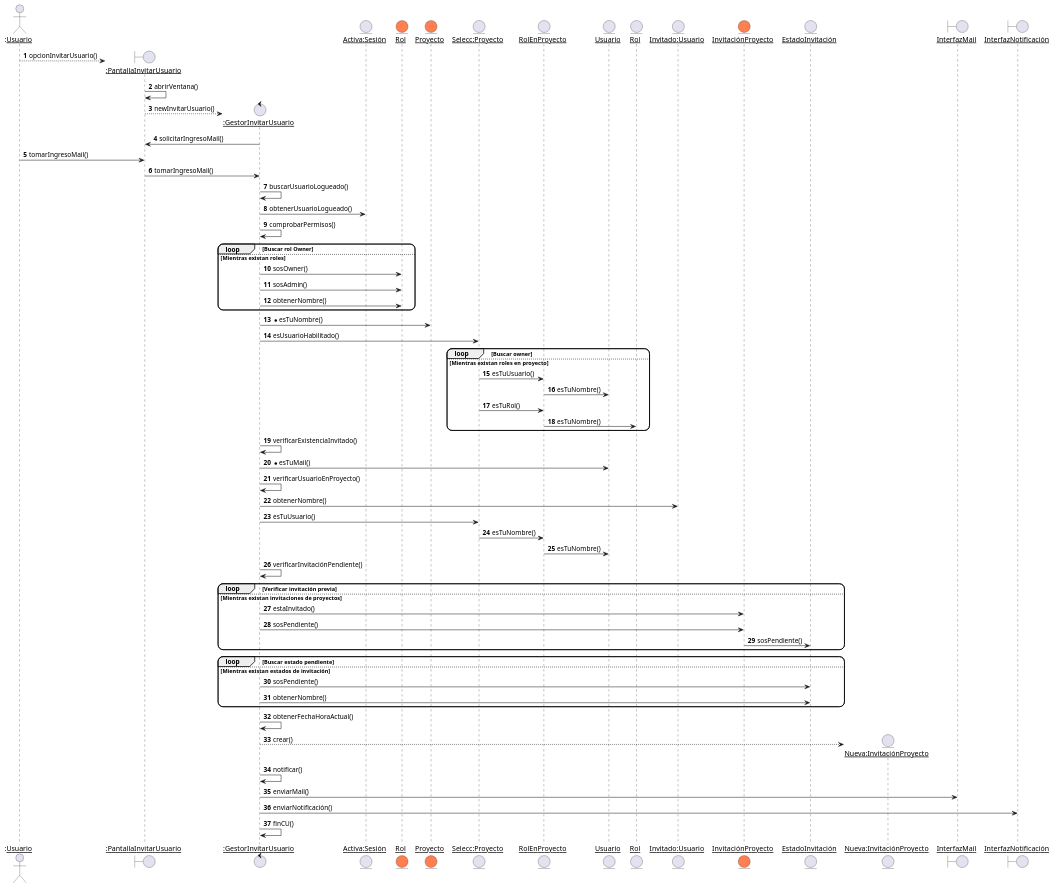
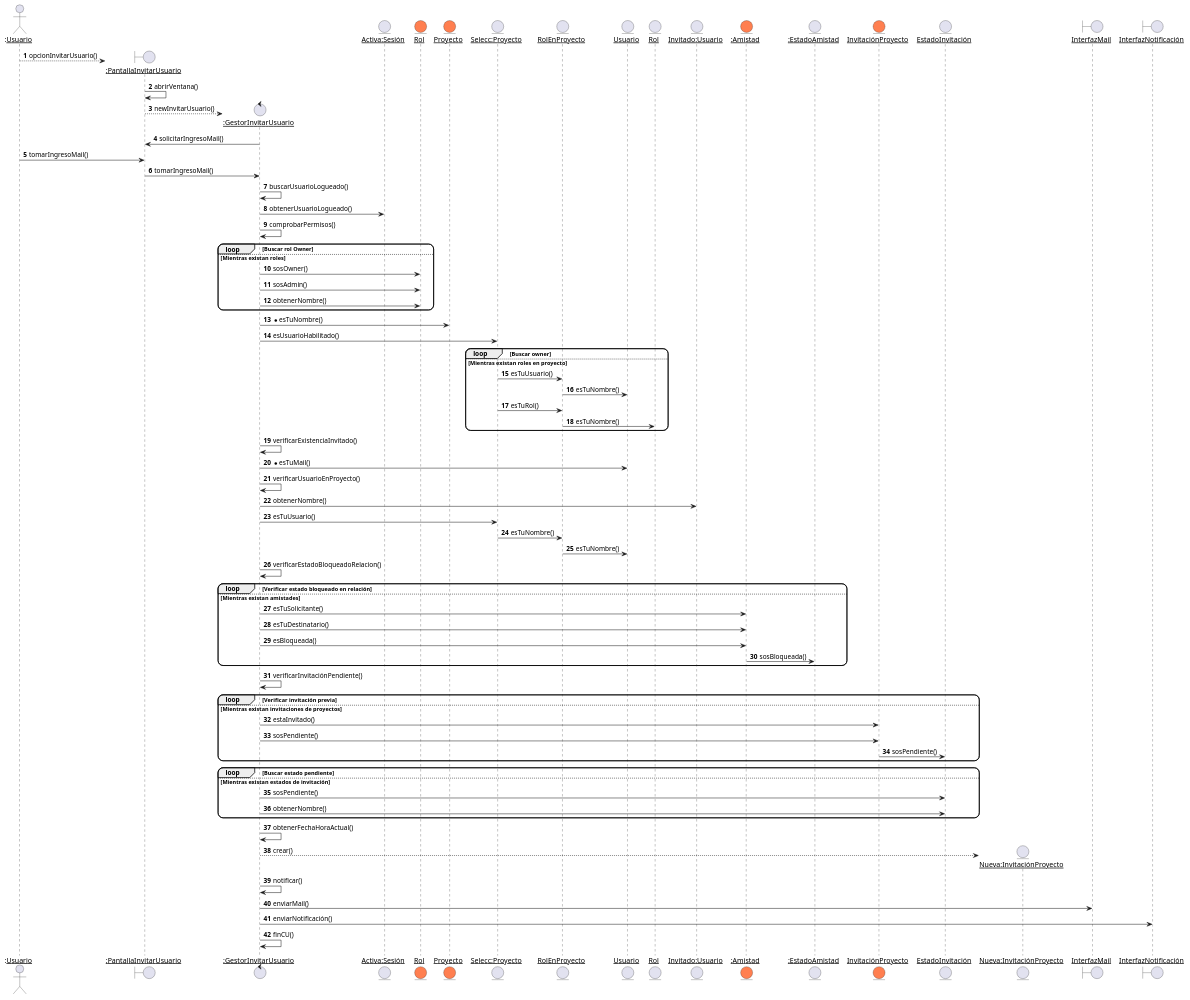
The first of 4 diagrams in Modelado/DiagramaCU11.plantuml (ciggyx/Task_Flow), drawn with PlantUML before and after one commit. The commit also changed other lines of this file and 4 other files, not shown here.

Commit message:
chore(diagramas): añado comprobación de que no tenga bloqueado el usuario en la invitación al proyecto

```diff
--- a/Modelado/DiagramaCU11.plantuml
+++ b/Modelado/DiagramaCU11.plantuml
@@ -1,71 +1,82 @@
 @startuml RealizaciónCU11VistaDinámica
 skinparam roundcorner 20
 skinparam maxmessagesize 60
 autonumber
 Actor ":__Usuario__" as U
 create boundary "__:PantallaInvitarUsuario__" as PIU
 U --> PIU : opcionInvitarUsuario()
 PIU -> PIU : abrirVentana()
 create control "__:GestorInvitarUsuario__" as GIU
 PIU --> GIU : newInvitarUsuario()
 GIU -> PIU: solicitarIngresoMail()
 U -> PIU: tomarIngresoMail()
 PIU -> GIU : tomarIngresoMail()
 GIU -> GIU : buscarUsuarioLogueado()
 entity "__Activa:Sesión__" as ASS
 GIU -> ASS : obtenerUsuarioLogueado()
 GIU -> GIU : comprobarPermisos()
 entity "__Rol__" as R #Coral
 loop Buscar rol Owner
 else Mientras existan roles
     GIU -> R : sosOwner()
     GIU -> R : sosAdmin()
     GIU -> R : obtenerNombre()
 end
 entity "__Proyecto__" as P #Coral
 GIU -> P : *esTuNombre()
 entity "__Selecc:Proyecto__" as SP
 GIU -> SP : esUsuarioHabilitado()
 entity "__RolEnProyecto__" as REP
 loop Buscar owner
 else Mientras existan roles en proyecto
     SP -> REP : esTuUsuario()
     entity "__Usuario__" as US
     REP -> US : esTuNombre()
     SP -> REP : esTuRol()
     entity "__Rol__" as RO
     REP -> RO : esTuNombre()
 end
 GIU -> GIU : verificarExistenciaInvitado()
 GIU -> US : *esTuMail()
 GIU -> GIU : verificarUsuarioEnProyecto()
 entity "__Invitado:Usuario__" as IUS
 GIU -> IUS : obtenerNombre()
 GIU -> SP : esTuUsuario()
 SP -> REP : esTuNombre()
 REP -> US : esTuNombre()
+' Pasa si TODO el loop da False.
+GIU -> GIU : verificarEstadoBloqueadoRelacion()
+entity "__:Amistad__" as AM #Coral
+loop Verificar estado bloqueado en relación
+else Mientras existan amistades
+    GIU -> AM : esTuSolicitante()
+    GIU -> AM : esTuDestinatario()
+    GIU -> AM : esBloqueada()
+    entity "__:EstadoAmistad__" as EA
+    AM -> EA : sosBloqueada()
+end
 GIU -> GIU : verificarInvitaciónPendiente()
 ' Pasa si TODO el loop da False.
 loop Verificar invitación previa
 else Mientras existan invitaciones de proyectos
     entity "__InvitaciónProyecto__" as IP #Coral
     GIU -> IP : estaInvitado()
     GIU -> IP : sosPendiente()
     entity "__EstadoInvitación__" as EI
     IP -> EI : sosPendiente()
 end
 loop Buscar estado pendiente
 else Mientras existan estados de invitación
     GIU -> EI : sosPendiente()
     GIU -> EI : obtenerNombre()
 end
 GIU -> GIU : obtenerFechaHoraActual()
 create entity "__Nueva:InvitaciónProyecto__" as NIP
 GIU --> NIP : crear()
 GIU -> GIU : notificar()
 boundary "__InterfazMail__" as IM
 GIU -> IM : enviarMail()
 boundary "__InterfazNotificación__" as IN
 GIU -> IN : enviarNotificación()
 GIU -> GIU : finCU()
 @enduml
```
